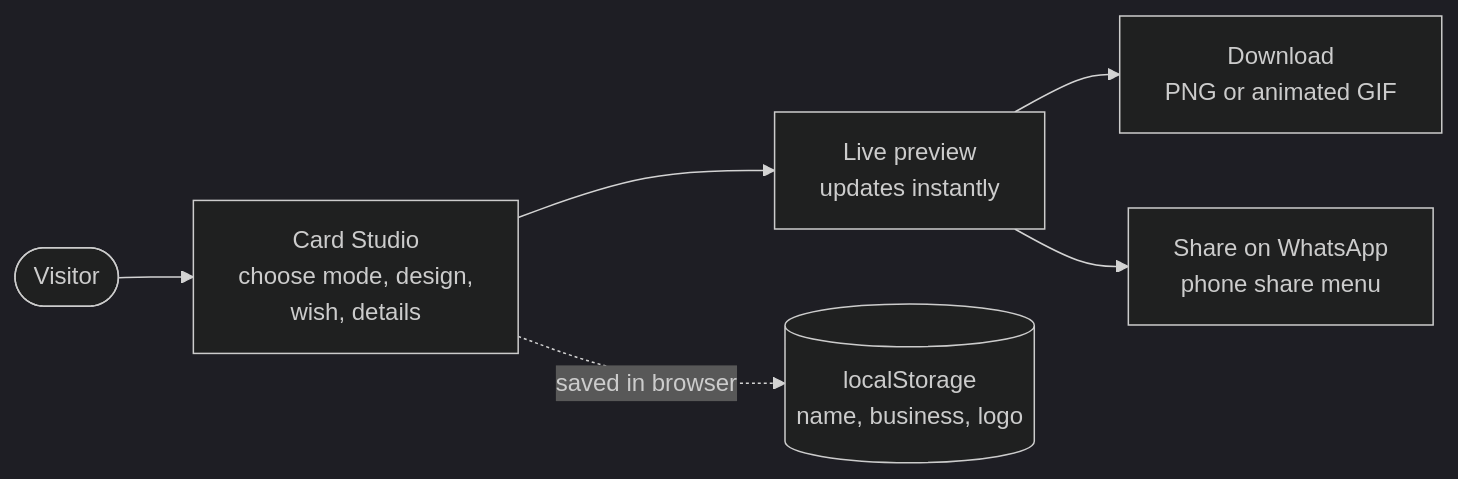
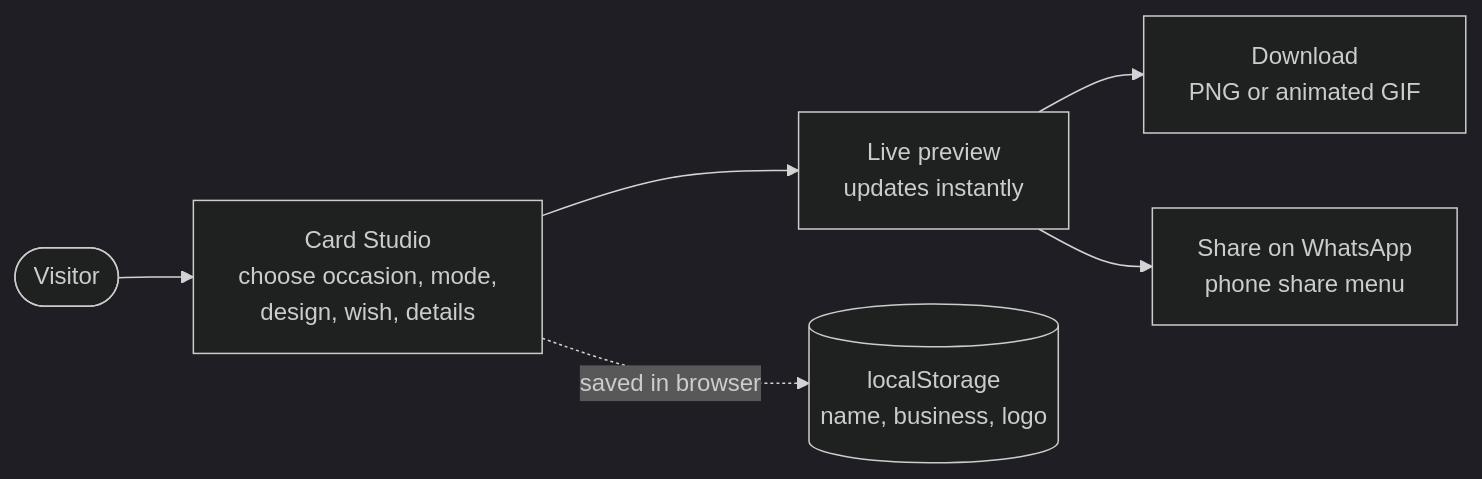
One commit to saurabhamrutkar07/festive-card-studio changed the diagram in docs/README.md. Above: the diagram before and after it, drawn with Mermaid (dark theme). The commit also changed other lines of this file and 27 other files, not shown here.

````diff
--- a/docs/README.md
+++ b/docs/README.md
@@ -19,8 +19,8 @@
 ```mermaid
 flowchart LR
-    U([Visitor]) --> S[Card Studio<br/>choose mode, design,<br/>wish, details]
+    U([Visitor]) --> S[Card Studio<br/>choose occasion, mode,<br/>design, wish, details]
     S --> P[Live preview<br/>updates instantly]
     P --> D[Download<br/>PNG or animated GIF]
     P --> W[Share on WhatsApp<br/>phone share menu]
     S -. saved in browser .-> L[(localStorage<br/>name, business, logo)]
 ```
````
